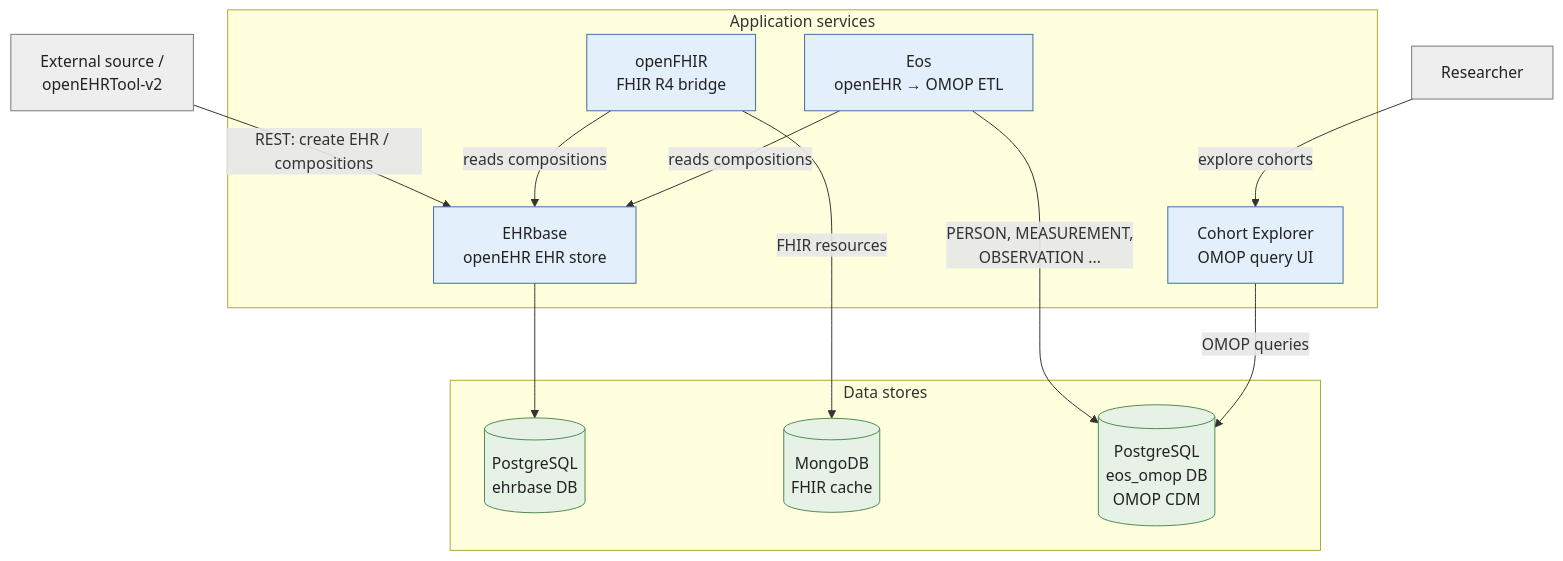
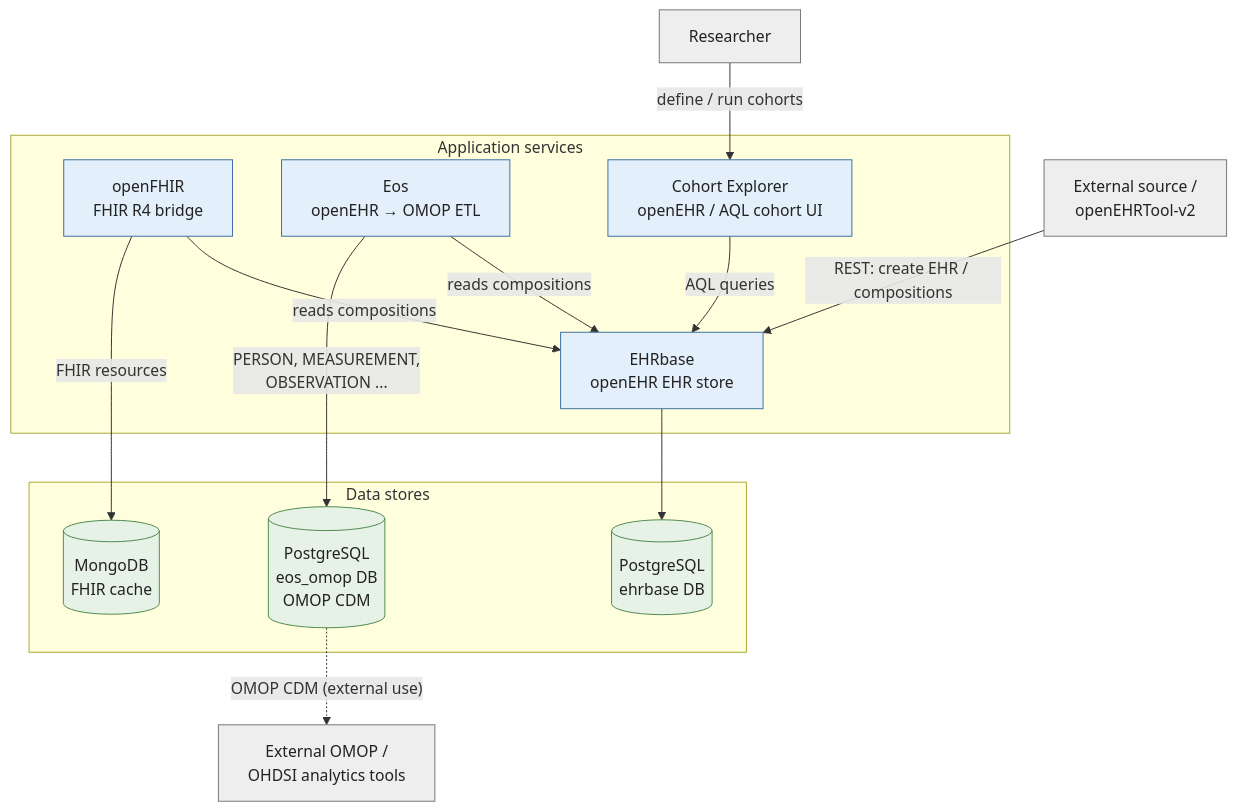
The diagram in README.md (AltarisV/OHS-Open-Health-Stack), drawn with Mermaid before and after one commit. The commit also changed other lines of this file and 9 other files, not shown here.

Commit message:
fix charts and docs

````diff
--- a/README.md
+++ b/README.md
@@ -26,32 +26,34 @@
 ```mermaid
 flowchart TB
     src["External source /<br/>openEHRTool-v2"]:::ext
 
     subgraph apps["Application services"]
         ehrbase["EHRbase<br/>openEHR EHR store"]:::app
         openfhir["openFHIR<br/>FHIR R4 bridge"]:::app
         eos["Eos<br/>openEHR → OMOP ETL"]:::app
-        cohort["Cohort Explorer<br/>OMOP query UI"]:::app
+        cohort["Cohort Explorer<br/>openEHR / AQL cohort UI"]:::app
     end
 
     subgraph data["Data stores"]
         pg_ehr[("PostgreSQL<br/>ehrbase DB")]:::db
         mongo[("MongoDB<br/>FHIR cache")]:::db
         pg_omop[("PostgreSQL<br/>eos_omop DB<br/>OMOP CDM")]:::db
     end
 
     analyst["Researcher"]:::ext
+    omoptools["External OMOP /<br/>OHDSI analytics tools"]:::ext
 
     src -->|"REST: create EHR / compositions"| ehrbase
     ehrbase --> pg_ehr
     openfhir -->|"reads compositions"| ehrbase
     openfhir -->|"FHIR resources"| mongo
     eos -->|"reads compositions"| ehrbase
     eos -->|"PERSON, MEASUREMENT,<br/>OBSERVATION ..."| pg_omop
-    cohort -->|"OMOP queries"| pg_omop
-    analyst -->|"explore cohorts"| cohort
+    cohort -->|"AQL queries"| ehrbase
+    analyst -->|"define / run cohorts"| cohort
+    pg_omop -.->|"OMOP CDM (external use)"| omoptools
 
     classDef ext fill:#eeeeee,stroke:#777777,color:#222;
     classDef app fill:#e3effa,stroke:#3b6ea5,color:#222;
     classDef db  fill:#e6f2e6,stroke:#4f8a4f,color:#222;
 ```
````
